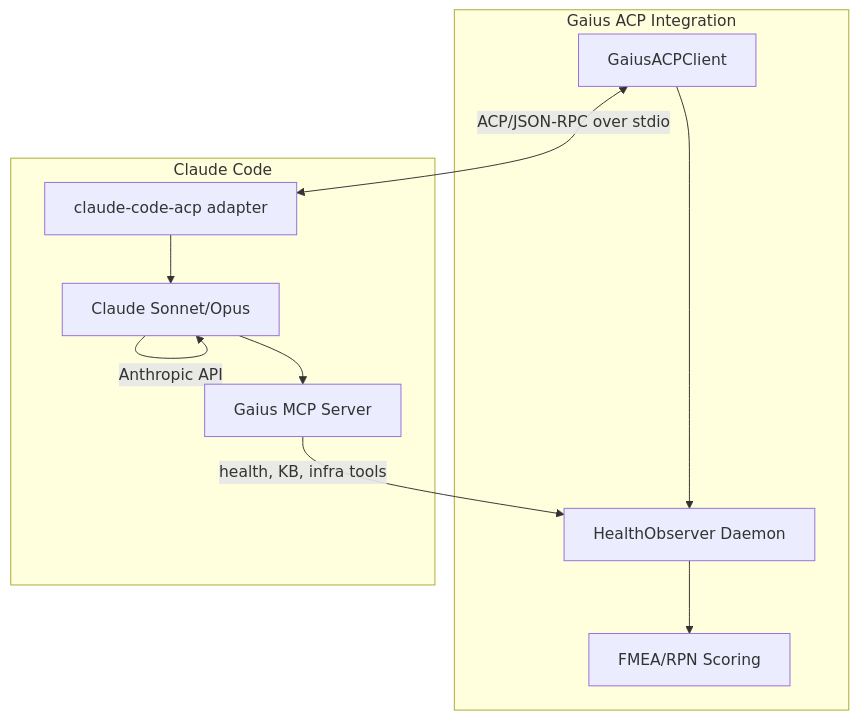
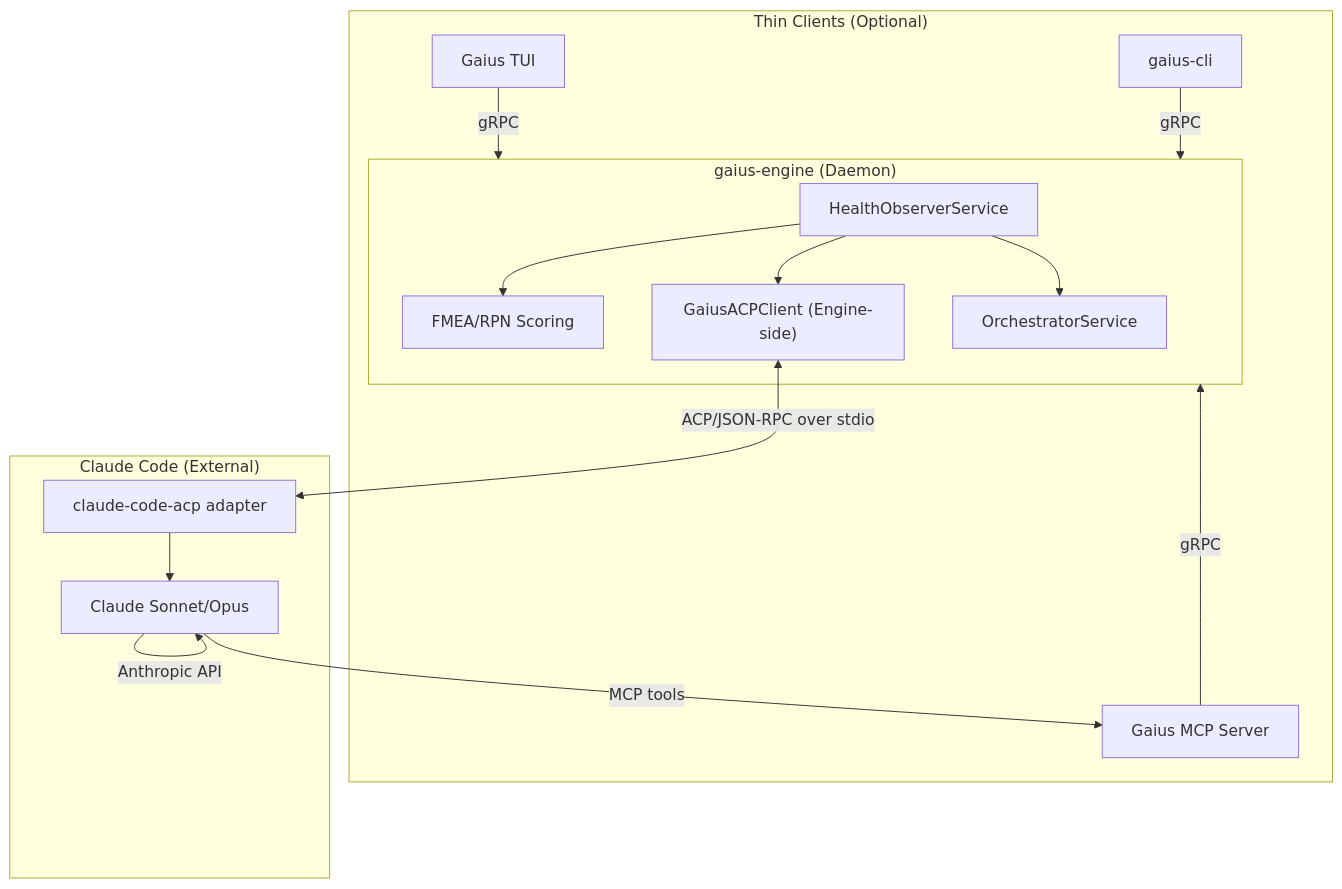
One commit to zndx/gaius changed the first of 2 diagrams in src/gaius/acp/README.md. Above: the diagram before and after it, drawn with Mermaid. The commit also changed other lines of this file and 50 other files, not shown here.

````diff
--- a/src/gaius/acp/README.md
+++ b/src/gaius/acp/README.md
@@ -19,24 +23,34 @@
 ```mermaid
 flowchart TB
-    subgraph Gaius["Gaius ACP Integration"]
-        ACPClient["GaiusACPClient"]
-        Observer["HealthObserver Daemon"]
+    subgraph Engine["gaius-engine (Daemon)"]
+        Observer["HealthObserverService"]
         FMEA["FMEA/RPN Scoring"]
+        ACPClient["GaiusACPClient (Engine-side)"]
+        Orch["OrchestratorService"]
 
-        ACPClient --> Observer
         Observer --> FMEA
+        Observer --> ACPClient
+        Observer --> Orch
     end
 
-    subgraph Claude["Claude Code"]
+    subgraph Clients["Thin Clients (Optional)"]
+        MCP["Gaius MCP Server"]
+        TUI["Gaius TUI"]
+        CLI["gaius-cli"]
+
+        MCP -->|gRPC| Engine
+        TUI -->|gRPC| Engine
+        CLI -->|gRPC| Engine
+    end
+
+    subgraph Claude["Claude Code (External)"]
         Adapter["claude-code-acp adapter"]
         Model["Claude Sonnet/Opus"]
-        MCP["Gaius MCP Server"]
 
         Adapter --> Model
-        Model --> MCP
     end
 
     ACPClient <-->|"ACP/JSON-RPC over stdio"| Adapter
     Model -->|"Anthropic API"| Model
-    MCP -->|"health, KB, infra tools"| Observer
+    Model -->|"MCP tools"| MCP
 ```
````
